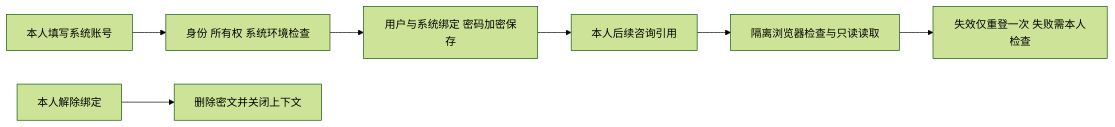
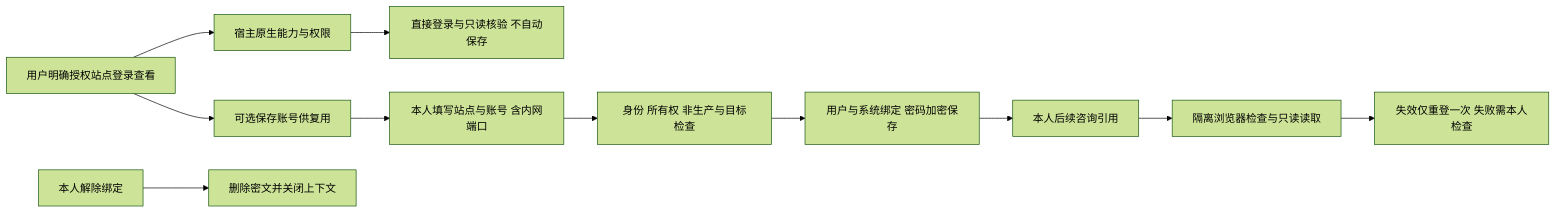
One commit to exception-coder/kai-toolbox changed diagram 46 of 50 in docs/ai-coding-architecture.md. Above: the diagram before and after it, drawn with Mermaid (forest theme). The commit also changed other lines of this file and 19 other files, not shown here.

````diff
--- a/docs/ai-coding-architecture.md
+++ b/docs/ai-coding-architecture.md
@@ -1181,9 +1183,13 @@
 ```mermaid
 flowchart LR
-  U[本人填写系统账号] --> A[身份 所有权 系统环境检查]
+  N[用户明确授权站点登录查看] --> H[宿主原生能力与权限]
+  H --> V[直接登录与只读核验 不自动保存]
+  N --> O[可选保存账号供复用]
+  O --> U[本人填写站点与账号 含内网端口]
+  U --> A[身份 所有权 非生产与目标检查]
   A --> M[用户与系统绑定 密码加密保存]
   M --> R[本人后续咨询引用]
   R --> W[隔离浏览器检查与只读读取]
   W --> E[失效仅重登一次 失败需本人检查]
   X[本人解除绑定] --> C[删除密文并关闭上下文]
 ```
````
